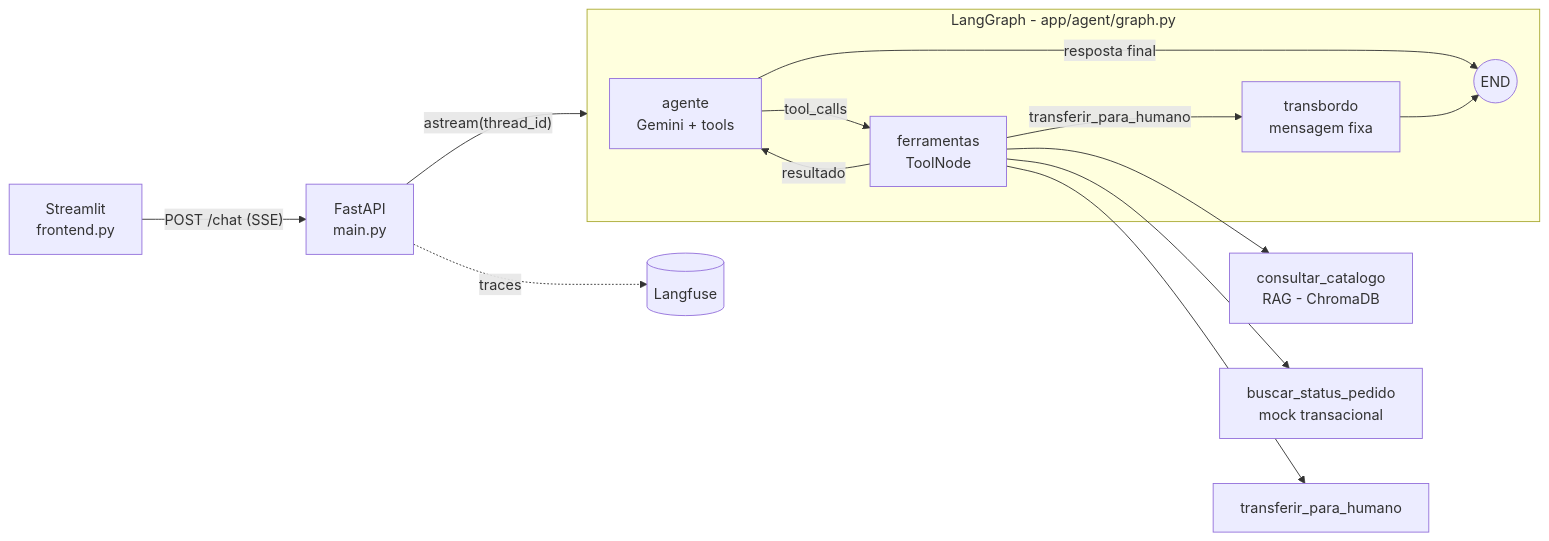
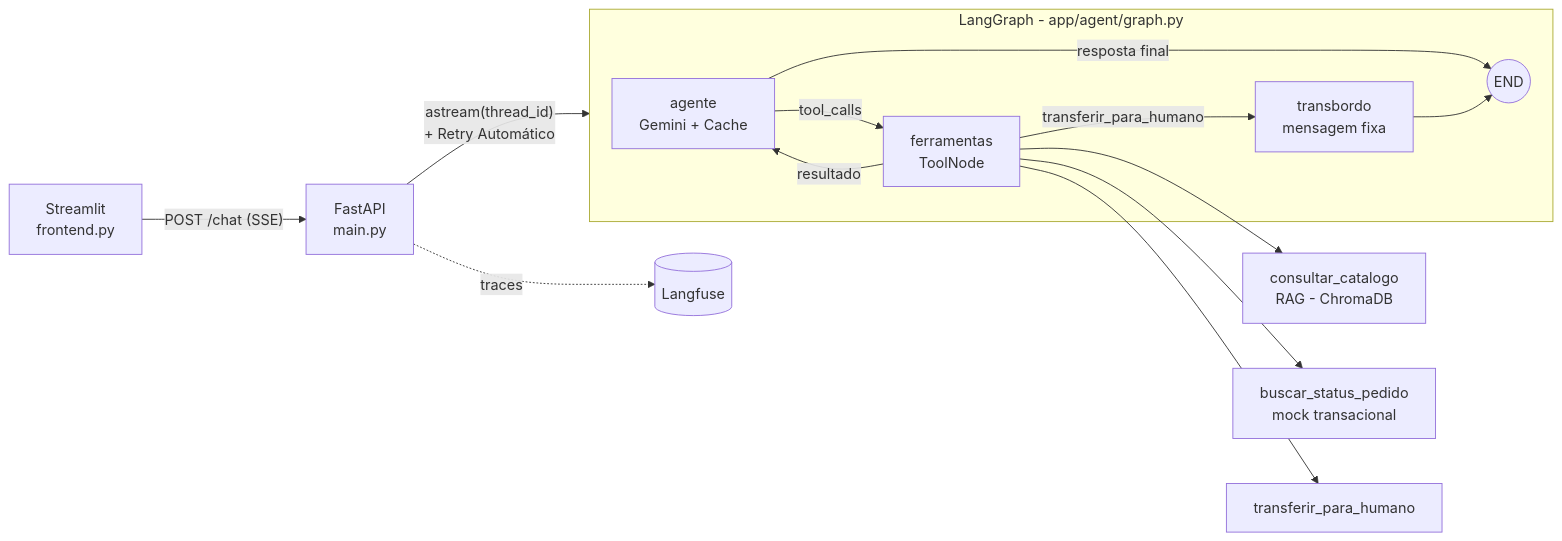
One commit to faelchristofano/agente_suporte_revendedora changed the diagram in README.md. Above: the diagram before and after it, drawn with Mermaid.

Commit message:
README adjustments v1

````diff
--- a/README.md
+++ b/README.md
@@ -21,18 +21,19 @@
 ```mermaid
 flowchart LR
     UI[Streamlit<br/>frontend.py] -- "POST /chat (SSE)" --> API[FastAPI<br/>main.py]
-    API -- "astream(thread_id)" --> G
+    
+    API -- "astream(thread_id)<br/>+ Retry Automático" --> G
 
     subgraph G[LangGraph - app/agent/graph.py]
-        A[agente<br/>Gemini + tools] -->|tool_calls| T[ferramentas<br/>ToolNode]
+        A[agente<br/>Gemini + Cache] -->|tool_calls| T[ferramentas<br/>ToolNode]
         T -->|resultado| A
         T -->|transferir_para_humano| H[transbordo<br/>mensagem fixa]
         A -->|resposta final| E((END))
         H --> E
     end
 
     T --> R[consultar_catalogo<br/>RAG - ChromaDB]
     T --> P[buscar_status_pedido<br/>mock transacional]
     T --> HO[transferir_para_humano]
     API -. traces .-> LF[(Langfuse)]
 ```
````
